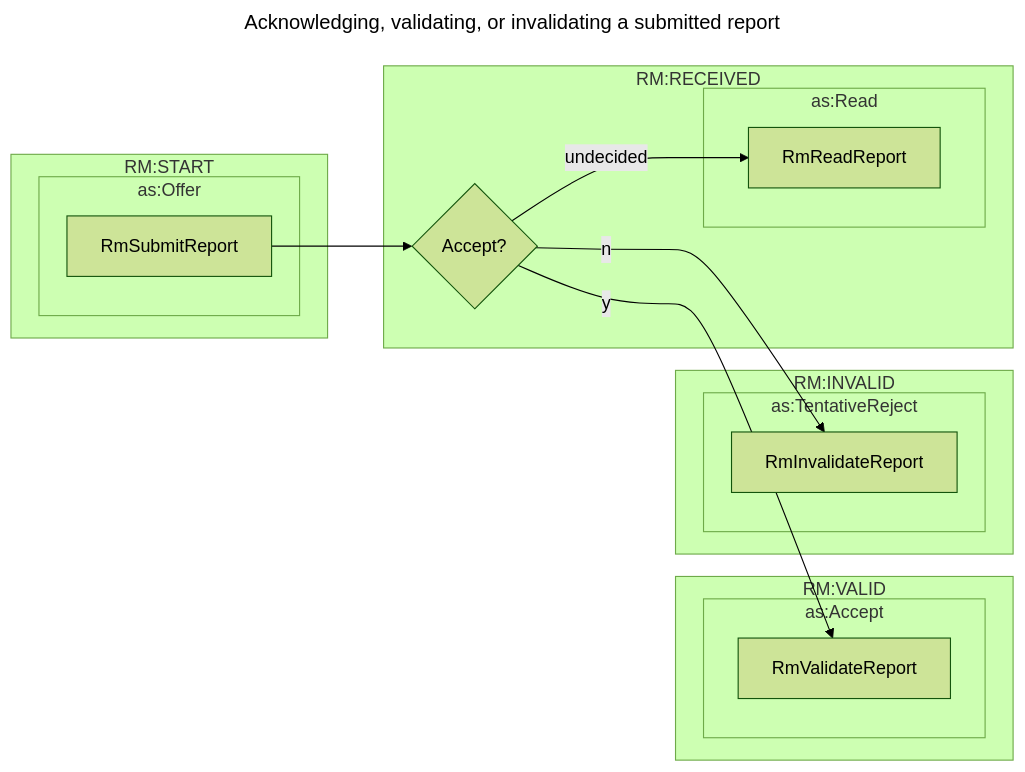
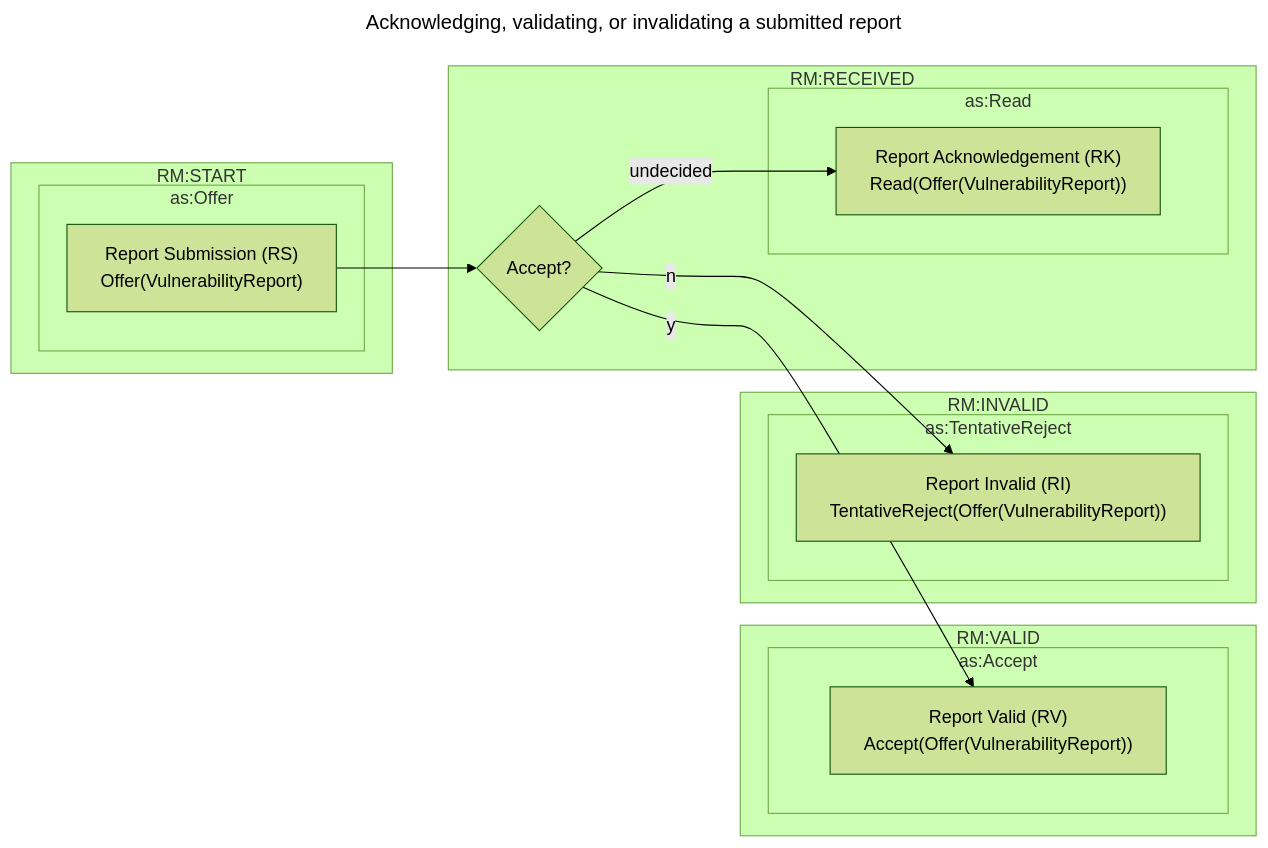
One commit to CERTCC/Vultron changed the first of 4 diagrams in docs/topics/activity_vocabulary_design.md. Above: the diagram before and after it, drawn with Mermaid (forest theme). The commit also changed other lines of this file and 21 other files, not shown here.

````diff
--- a/docs/topics/activity_vocabulary_design.md
+++ b/docs/topics/activity_vocabulary_design.md
@@ -76,31 +66,31 @@
 ```mermaid
 ---
 title: Acknowledging, validating, or invalidating a submitted report
 ---
 flowchart LR
     subgraph RM:RECEIVED
         a{Accept?}
         subgraph as:Read
-            RmReadReport
+            RmReadReport["Report Acknowledgement (RK)<br/>Read(Offer(VulnerabilityReport))"]
         end
     end
     subgraph RM:START
         subgraph as:Offer
-            RmSubmitReport
+            RmSubmitReport["Report Submission (RS)<br/>Offer(VulnerabilityReport)"]
         end
     end
     subgraph RM:VALID
         subgraph as:Accept
-            RmValidateReport
+            RmValidateReport["Report Valid (RV)<br/>Accept(Offer(VulnerabilityReport))"]
         end
     end
     subgraph RM:INVALID
         subgraph as:TentativeReject
-            RmInvalidateReport
+            RmInvalidateReport["Report Invalid (RI)<br/>TentativeReject(Offer(VulnerabilityReport))"]
         end
     end
     a -->|y| RmValidateReport
     a -->|undecided| RmReadReport
     a -->|n| RmInvalidateReport
     RmSubmitReport --> a
 ```
````
